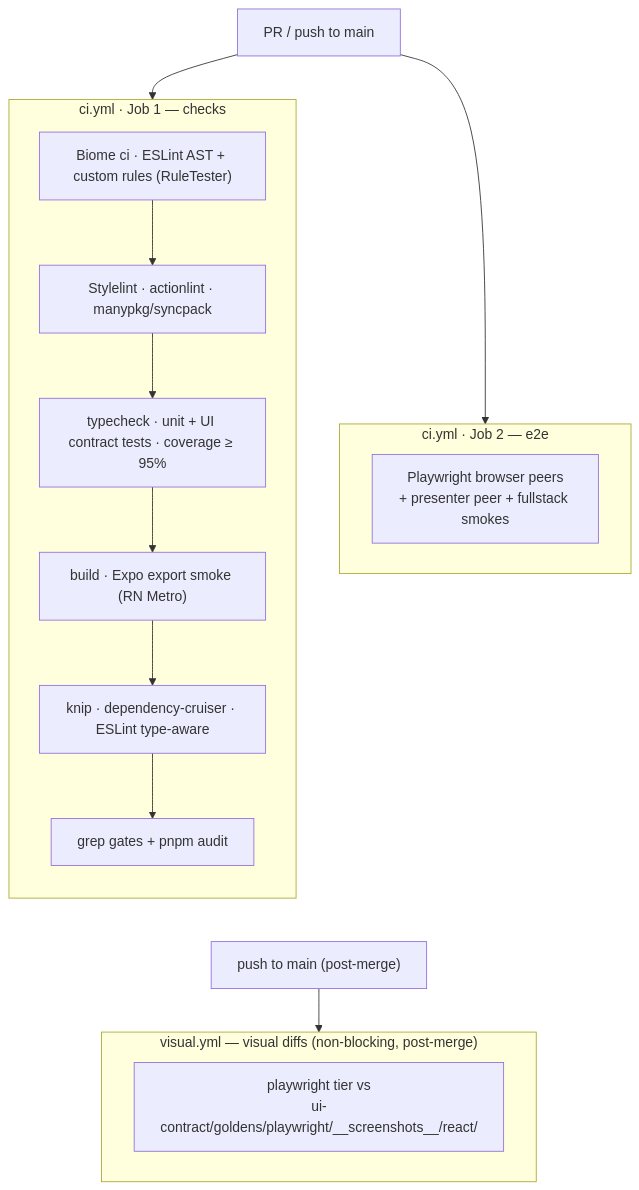
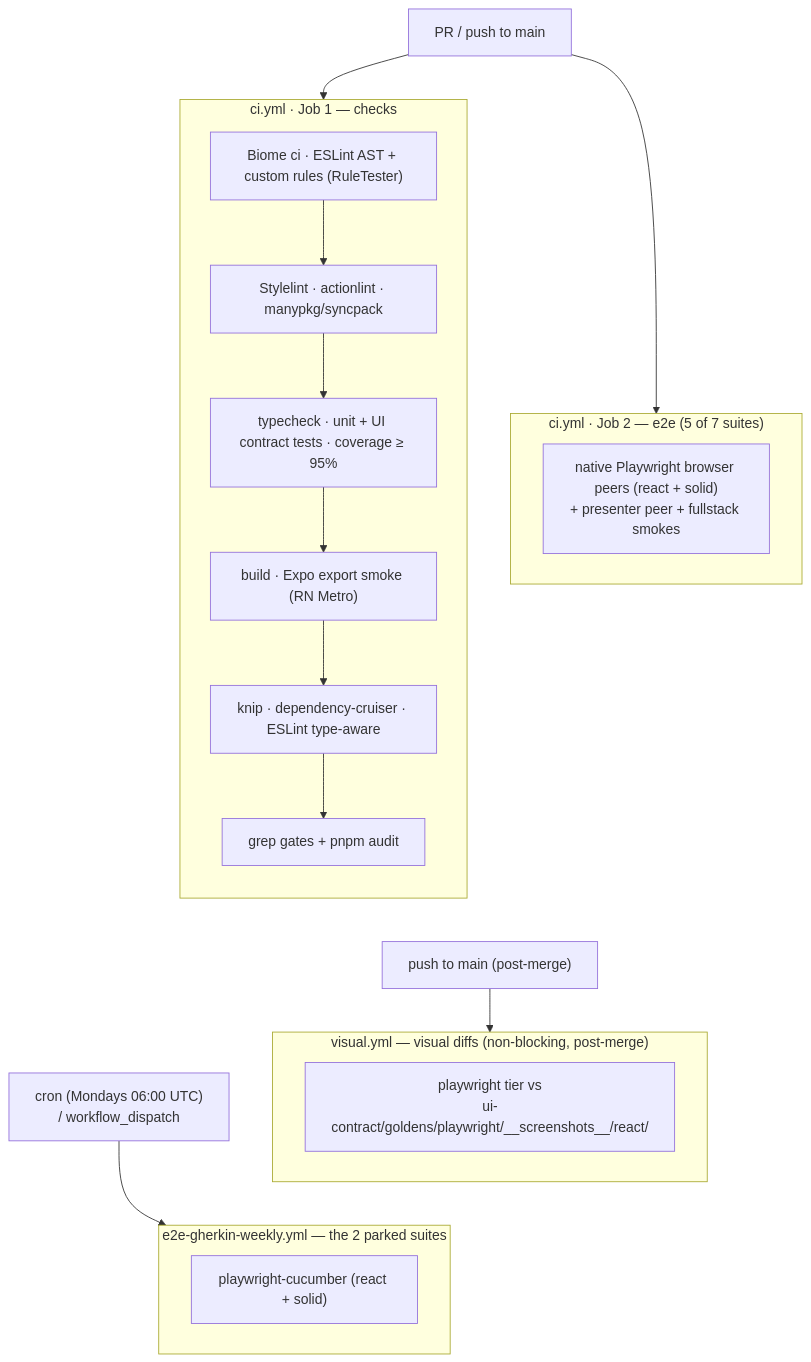
Before and after one commit to bettersoftware-io/ReactiveTraderCloudClone: the diagram in docs/architecture/09-test-strategy.md, drawn with Mermaid. The commit also changed other lines of this file and 8 other files, not shown here.

First line of the commit message:
ci(e2e): park Gherkin browser peers behind a weekly workflow — native Playwright is the gating SOT

````diff
--- a/docs/architecture/09-test-strategy.md
+++ b/docs/architecture/09-test-strategy.md
@@ -183,25 +193,31 @@
 ```mermaid
 flowchart TD
     trigger["PR / push to main"]
     trigger --> checks
     trigger --> e2e
     subgraph checks["ci.yml · Job 1 — checks"]
         direction TB
         c1["Biome ci · ESLint AST + custom rules (RuleTester)"]
         c1 --> c3["Stylelint · actionlint · manypkg/syncpack"]
         c3 --> c4["typecheck · unit + UI contract tests · coverage ≥ 95%"]
         c4 --> c6["build · Expo export smoke (RN Metro)"]
         c6 --> c7["knip · dependency-cruiser · ESLint type-aware"]
         c7 --> c8["grep gates + pnpm audit"]
     end
-    subgraph e2e["ci.yml · Job 2 — e2e"]
-        e1["Playwright browser peers<br/>+ presenter peer + fullstack smokes"]
+    subgraph e2e["ci.yml · Job 2 — e2e (5 of 7 suites)"]
+        e1["native Playwright browser peers (react + solid)<br/>+ presenter peer + fullstack smokes"]
     end
     checks ~~~ postmerge
     e2e ~~~ postmerge
     postmerge["push to main (post-merge)"]
     postmerge --> visual
     subgraph visual["visual.yml — visual diffs (non-blocking, post-merge)"]
         v1["playwright tier vs<br/>ui-contract/goldens/playwright/__screenshots__/react/"]
     end
+    cron["cron (Mondays 06:00 UTC)<br/>/ workflow_dispatch"]
+    cron --> weekly
+    subgraph weekly["e2e-gherkin-weekly.yml — the 2 parked suites"]
+        w1["playwright-cucumber (react + solid)"]
+    end
+    visual ~~~ weekly
 ```
````
